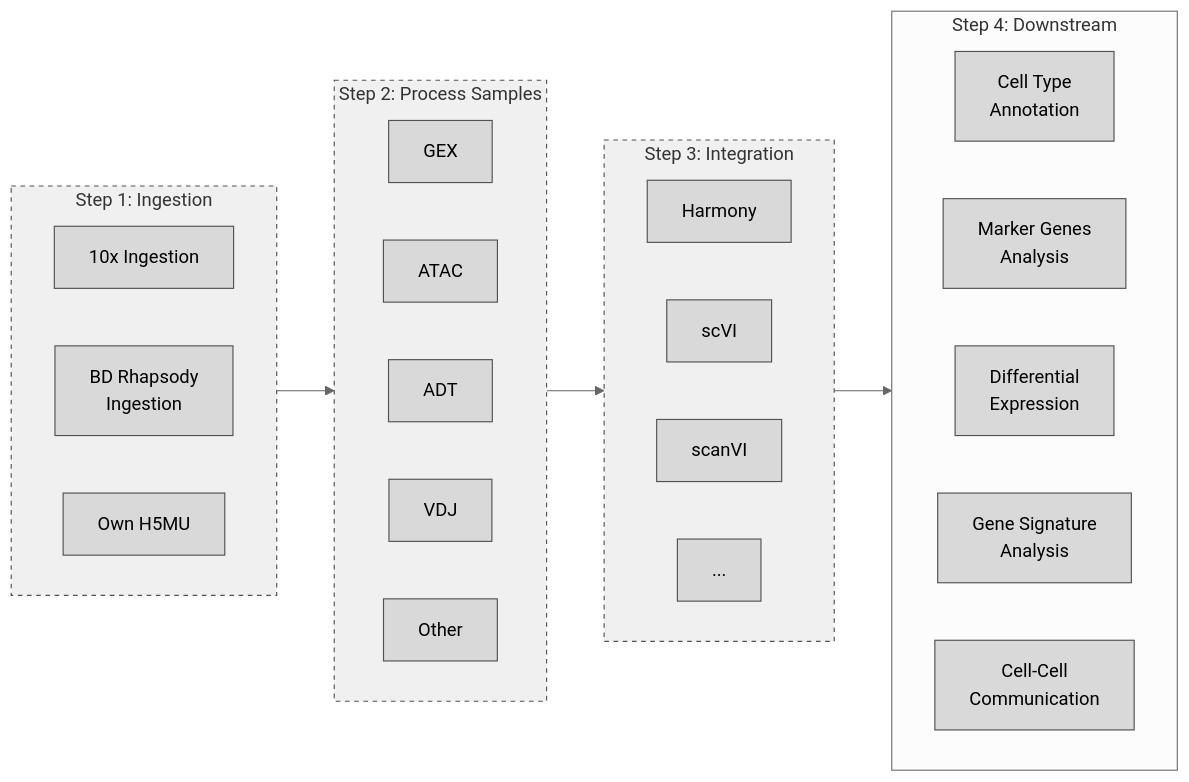
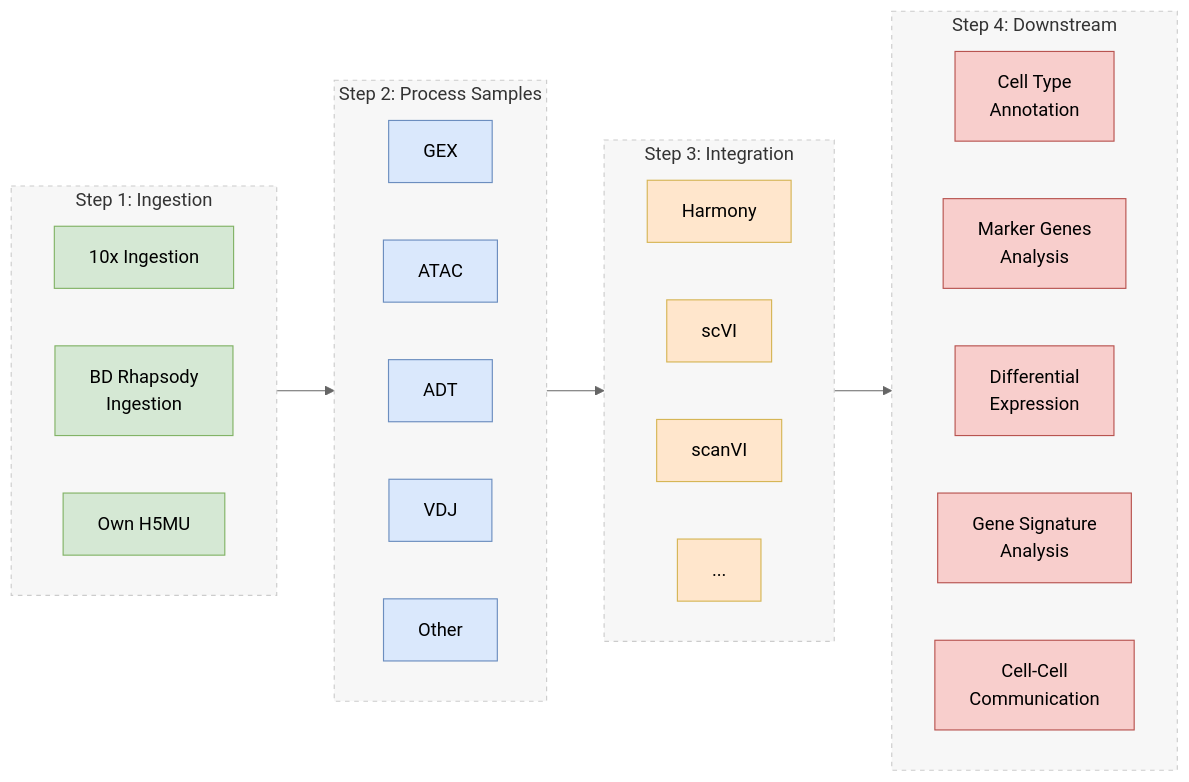
The diagram in index.qmd (openpipelines-bio/website), drawn with Mermaid (neutral theme) before and after one commit. The commit also changed 2 other files, not shown here.

Commit message:
paste style/figures from the manuscrip into the website

````diff
--- a/index.qmd
+++ b/index.qmd
@@ -97,48 +97,51 @@
 ```{mermaid}
 %%| classes: lightbox
 flowchart LR
   %% Ingestion
   subgraph ingestion[Step 1: Ingestion]
     direction LR
-    10x_ingestion[10x Ingestion]:::subwf
-    bd_ingestion[BD Rhapsody\nIngestion]:::subwf
-    own_h5mu[Own H5MU]:::subwf
+    10x_ingestion[10x Ingestion]:::ingest
+    bd_ingestion[BD Rhapsody\nIngestion]:::ingest
+    own_h5mu[Own H5MU]:::ingest
   end
-  ingestion:::info
+  ingestion:::box
 
   %% Process samples
   subgraph process_samples[Step 2: Process Samples]
     direction LR
-    gex[GEX]:::subwf
-    atac[ATAC]:::subwf
-    adt[ADT]:::subwf
-    vdj[VDJ]:::subwf
-    other[Other]:::subwf
+    gex[GEX]:::process
+    atac[ATAC]:::process
+    adt[ADT]:::process
+    vdj[VDJ]:::process
+    other[Other]:::process
   end
-  process_samples:::info
+  process_samples:::box
 
   %% Integration and downstream
   subgraph integration[Step 3: Integration]
     direction LR
-    harmony[Harmony]:::subwf
-    scvi[scVI]:::subwf
-    scanvi[scanVI]:::subwf
-    etc[...]:::subwf
+    harmony[Harmony]:::integ
+    scvi[scVI]:::integ
+    scanvi[scanVI]:::integ
+    etc[...]:::integ
   end
-  integration[Integration]:::info
-  
+  integration:::box
+
   subgraph downstream[Step 4: Downstream]
     direction LR
-    celltype_annotation[Cell Type\nAnnotation]:::subwf
-    markergenes[Marker Genes\nAnalysis]:::subwf
-    differential[Differential\nExpression]:::subwf
-    gene_signature_analysis[Gene Signature\nAnalysis]:::subwf
-    ccc[Cell-Cell\nCommunication]:::subwf
+    celltype_annotation[Cell Type\nAnnotation]:::down
+    markergenes[Marker Genes\nAnalysis]:::down
+    differential[Differential\nExpression]:::down
+    gene_signature_analysis[Gene Signature\nAnalysis]:::down
+    ccc[Cell-Cell\nCommunication]:::down
   end
+  downstream:::box
 
   ingestion --> process_samples --> integration --> downstream
 
-  classDef wf fill:#f0f0f0,stroke:#525252
-  classDef subwf fill:#d9d9d9,stroke:#525252
-  classDef info fill:#f0f0f0,stroke:#525252,stroke-dasharray: 4 4
+  classDef ingest  fill:#d5e8d4,stroke:#82b366,color:#000
+  classDef process fill:#dae8fc,stroke:#6c8ebf,color:#000
+  classDef integ   fill:#ffe6cc,stroke:#d6b656,color:#000
+  classDef down    fill:#f8cecc,stroke:#b85450,color:#000
+  classDef box     fill:#f7f7f7,stroke:#cccccc,stroke-dasharray: 4 4
 ```
````
